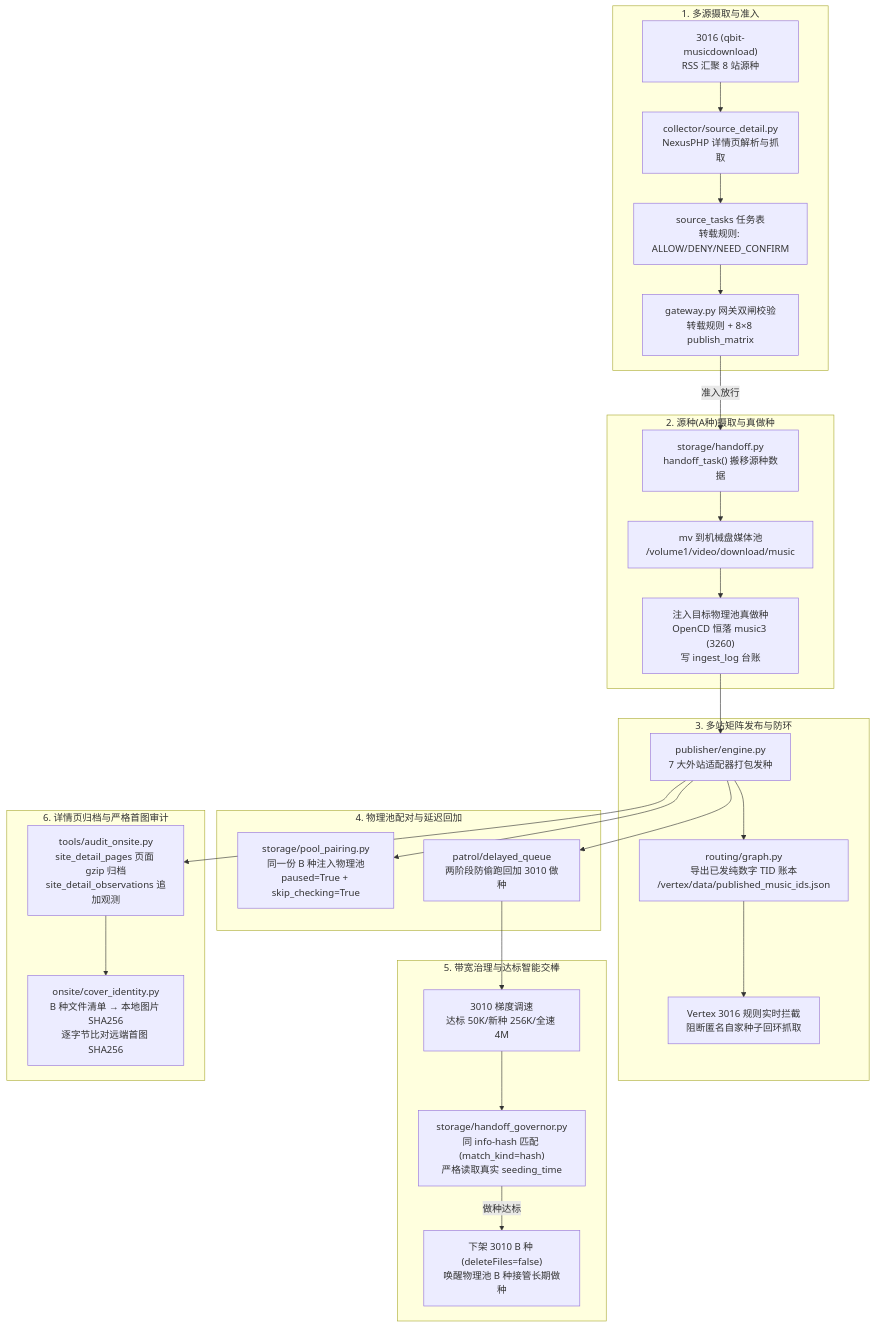
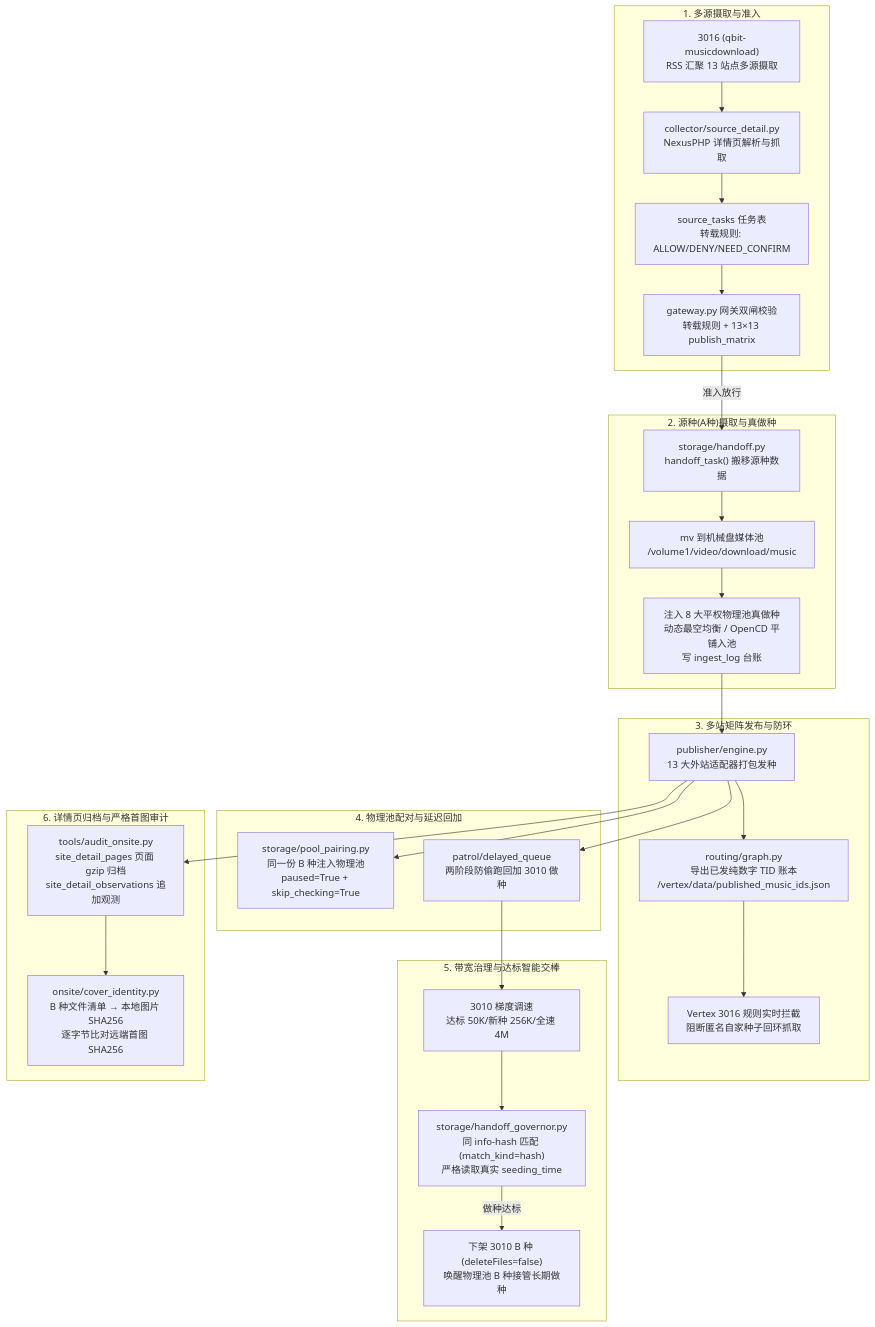
One commit to iSunker/musichub changed the diagram in README.md. Above: the diagram before and after it, drawn with Mermaid. The commit also changed other lines of this file and 4 other files, not shown here.

Commit message:
docs: align README and AGENTS with 8-pool equality, 13-site matrix, and music5 redline truth

````diff
--- a/README.md
+++ b/README.md
@@ -13,36 +13,36 @@
 ```mermaid
 flowchart TD
     subgraph S1["1. 多源摄取与准入"]
-        A1["3016 (qbit-musicdownload)<br/>RSS 汇聚 8 站源种"] --> A2["collector/source_detail.py<br/>NexusPHP 详情页解析与抓取"]
+        A1["3016 (qbit-musicdownload)<br/>RSS 汇聚 13 站点多源摄取"] --> A2["collector/source_detail.py<br/>NexusPHP 详情页解析与抓取"]
         A2 --> A3["source_tasks 任务表<br/>转载规则: ALLOW/DENY/NEED_CONFIRM"]
-        A3 --> A4["gateway.py 网关双闸校验<br/>转载规则 + 8×8 publish_matrix"]
+        A3 --> A4["gateway.py 网关双闸校验<br/>转载规则 + 13×13 publish_matrix"]
     end
 
     subgraph S2["2. 源种(A种)摄取与真做种"]
         A4 -->|准入放行| B1["storage/handoff.py<br/>handoff_task() 搬移源种数据"]
         B1 --> B2["mv 到机械盘媒体池<br/>/volume1/video/download/music"]
-        B2 --> B3["注入目标物理池真做种<br/>OpenCD 恒落 music3 (3260)<br/>写 ingest_log 台账"]
+        B2 --> B3["注入 8 大平权物理池真做种<br/>动态最空均衡 / OpenCD 平铺入池<br/>写 ingest_log 台账"]
     end
 
     subgraph S3["3. 多站矩阵发布与防环"]
-        B3 --> C1["publisher/engine.py<br/>7 大外站适配器打包发种"]
+        B3 --> C1["publisher/engine.py<br/>13 大外站适配器打包发种"]
         C1 --> C2["routing/graph.py<br/>导出已发纯数字 TID 账本<br/>/vertex/data/published_music_ids.json"]
         C2 --> C3["Vertex 3016 规则实时拦截<br/>阻断匿名自家种子回环抓取"]
     end
 
     subgraph S4["4. 物理池配对与延迟回加"]
         C1 --> D1["storage/pool_pairing.py<br/>同一份 B 种注入物理池<br/>paused=True + skip_checking=True"]
         C1 --> D2["patrol/delayed_queue<br/>两阶段防偷跑回加 3010 做种"]
     end
 
     subgraph S5["5. 带宽治理与达标智能交棒"]
         D2 --> E1["3010 梯度调速<br/>达标 50K/新种 256K/全速 4M"]
         E1 --> E2["storage/handoff_governor.py<br/>同 info-hash 匹配 (match_kind=hash)<br/>严格读取真实 seeding_time"]
         E2 -->|做种达标| E3["下架 3010 B 种 (deleteFiles=false)<br/>唤醒物理池 B 种接管长期做种"]
     end
 
     subgraph S6["6. 详情页归档与严格首图审计"]
         C1 --> F1["tools/audit_onsite.py<br/>site_detail_pages 页面 gzip 归档<br/>site_detail_observations 追加观测"]
         F1 --> F2["onsite/cover_identity.py<br/>B 种文件清单 → 本地图片 SHA256<br/>逐字节比对远端首图 SHA256"]
     end
 ```
````
